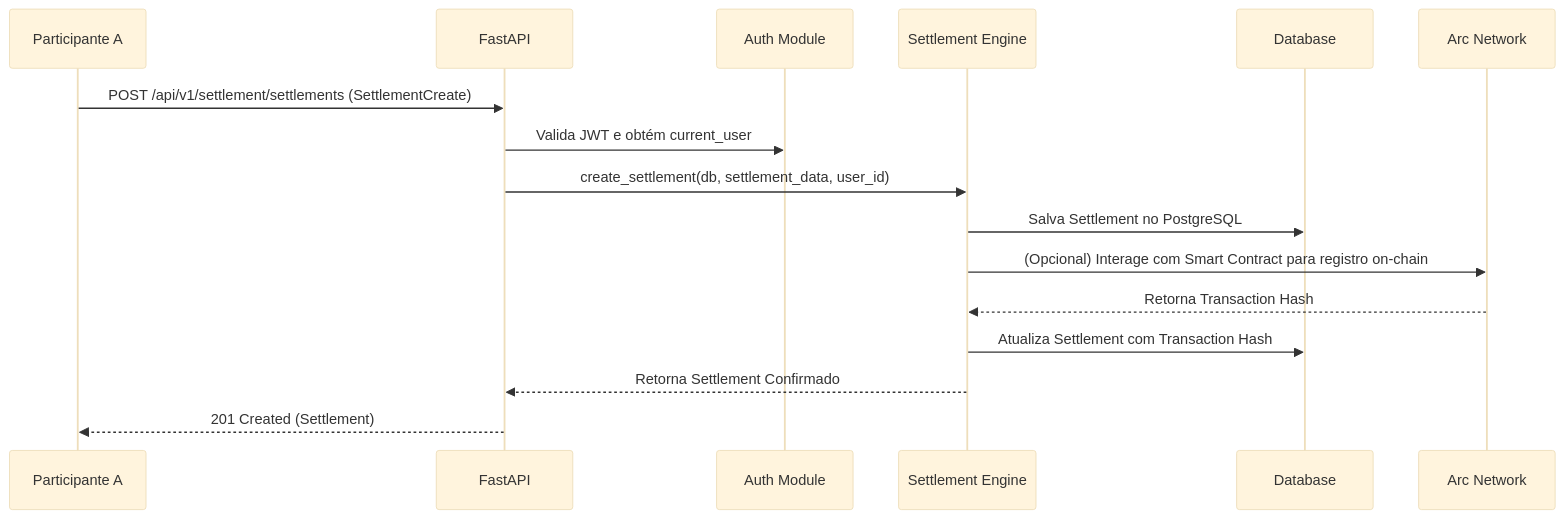
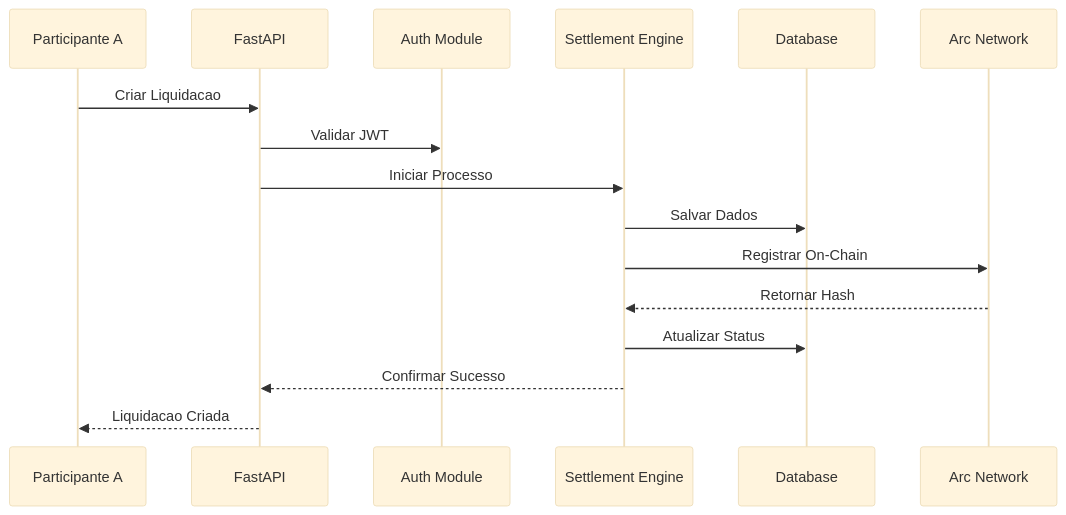
The second of 2 diagrams in docs/ARCHITECTURE.md (psycall/Pocket-Oracle-The-Phone-as-an-Agent-Marketplace), drawn with Mermaid (base theme) before and after one commit. The commit also changed other lines of this file and 1 other file, not shown here.

Commit message:
Fix: Corrected Mermaid diagram syntax for GitHub rendering

````diff
--- a/docs/ARCHITECTURE.md
+++ b/docs/ARCHITECTURE.md
@@ -71,12 +71,19 @@
 ```mermaid
 sequenceDiagram
-    Participante A->>FastAPI: POST /api/v1/settlement/settlements (SettlementCreate)
-    FastAPI->>Auth Module: Valida JWT e obtém current_user
-    FastAPI->>Settlement Engine: create_settlement(db, settlement_data, user_id)
-    Settlement Engine->>Database: Salva Settlement no PostgreSQL
-    Settlement Engine->>Arc Network: (Opcional) Interage com Smart Contract para registro on-chain
-    Arc Network-->>Settlement Engine: Retorna Transaction Hash
-    Settlement Engine->>Database: Atualiza Settlement com Transaction Hash
-    Settlement Engine-->>FastAPI: Retorna Settlement Confirmado
-    FastAPI-->>Participante A: 201 Created (Settlement)
+    participant A as Participante A
+    participant F as FastAPI
+    participant AM as Auth Module
+    participant SE as Settlement Engine
+    participant DB as Database
+    participant AN as Arc Network
+
+    A->>F: Criar Liquidacao
+    F->>AM: Validar JWT
+    F->>SE: Iniciar Processo
+    SE->>DB: Salvar Dados
+    SE->>AN: Registrar On-Chain
+    AN-->>SE: Retornar Hash
+    SE->>DB: Atualizar Status
+    SE-->>F: Confirmar Sucesso
+    F-->>A: Liquidacao Criada
 ```
````
